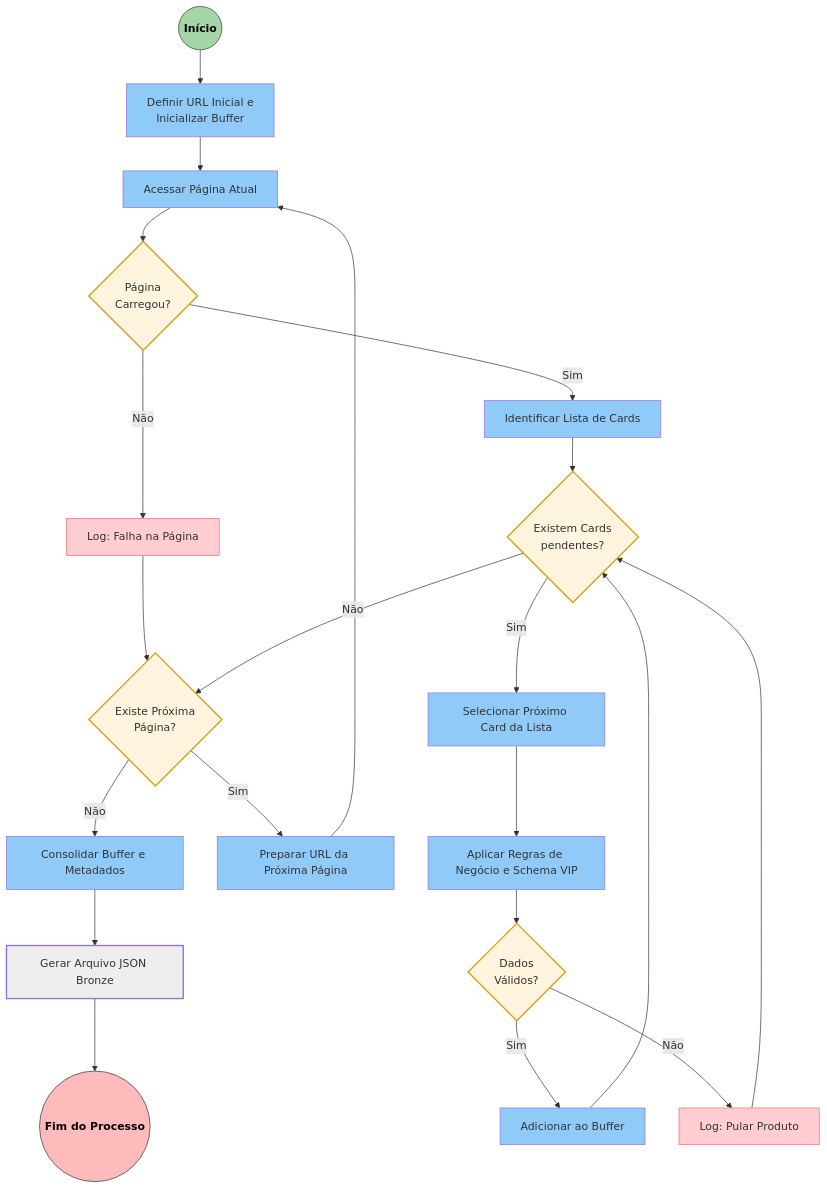
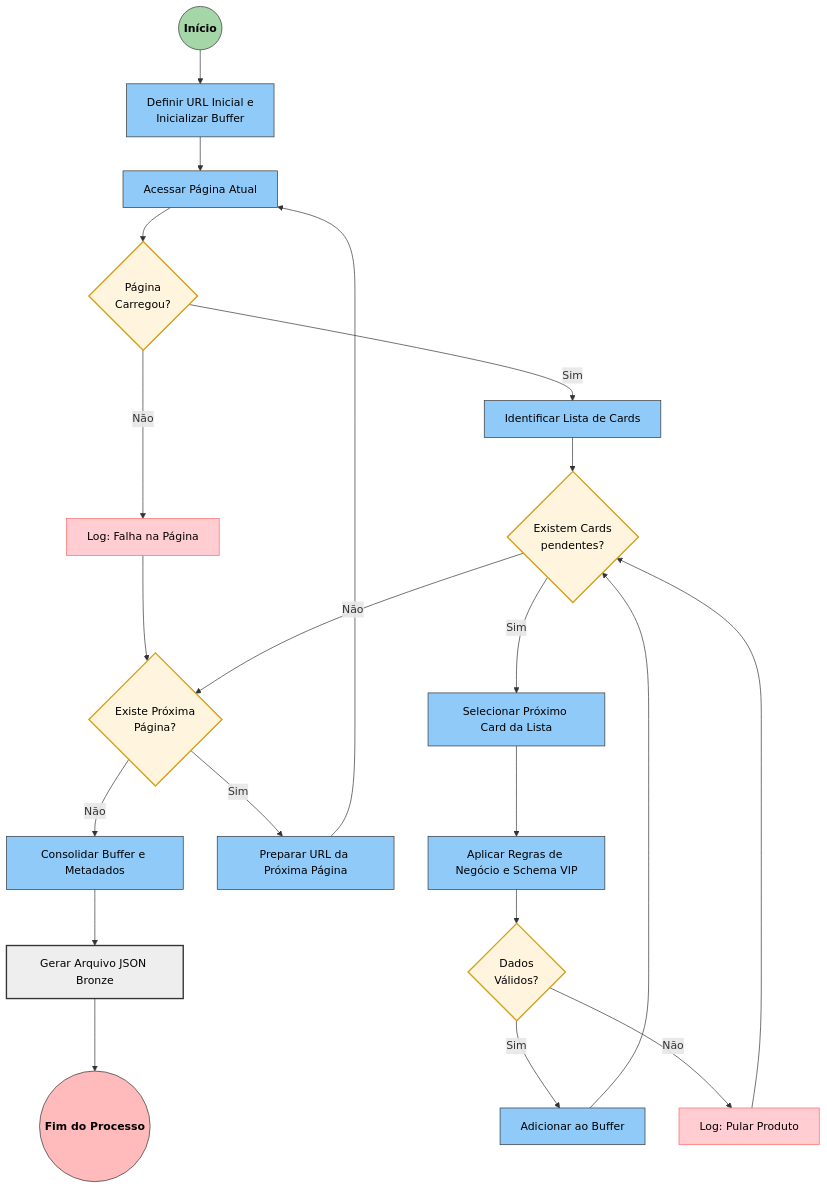
One commit to mvinis/monitoramento-precos-magalu changed the first of 3 diagrams in README.md. Above: the diagram before and after it, drawn with Mermaid.

Commit message:
fix: alterando cor do diagrama flowchart para preto

````diff
--- a/README.md
+++ b/README.md
@@ -13,42 +13,42 @@
 ```mermaid
 graph TD
     %% Estilos
     classDef start fill:#a5d6a7,stroke:#333,color:#000,font-weight:bold;
-    classDef process fill:#90caf9,stroke:#33,stroke-width:1px;
-    classDef decision fill:#fff4dd,stroke:#d4a017,stroke-width:2px;
-    classDef error fill:#ffcdd2,stroke:#f66,stroke-width:1px;
-    classDef storage fill:#eeeeee,stroke:#33,stroke-width:2px;
-    classDef final fill:#fbb, stroke:#333, color:#000, font-weight:bold;
+    classDef process fill:#90caf9,stroke:#333,color:#000,stroke-width:1px;
+    classDef decision fill:#fff4dd,stroke:#d4a017,color:#000,stroke-width:2px;
+    classDef error fill:#ffcdd2,stroke:#f66,color:#000,stroke-width:1px;
+    classDef storage fill:#eeeeee,stroke:#333,color:#000,stroke-width:2px;
+    classDef final fill:#fbb,stroke:#333,color:#000,font-weight:bold;
 
     Start((Início)):::start --> Config[Definir URL Inicial e<br/>Inicializar Buffer]:::process
 
     Config --> AccessPage[Acessar Página Atual]:::process
     AccessPage --> SuccessPage{Página<br/>Carregou?}:::decision
 
     SuccessPage -- Não --> LogPageErr[Log: Falha na Página]:::error
     LogPageErr --> HasNext
 
     SuccessPage -- Sim --> FindCards[Identificar Lista de Cards]:::process
 
     FindCards --> CheckCards{Existem Cards<br/>pendentes?}:::decision
 
     CheckCards -- Sim --> PickNext[Selecionar Próximo Card da Lista]:::process
     PickNext --> Extract[Aplicar Regras de Negócio e Schema VIP]:::process
 
     Extract --> ValidData{Dados<br/>Válidos?}:::decision
 
     ValidData -- Sim --> AddBuffer[Adicionar ao Buffer]:::process
     ValidData -- Não --> LogProdErr[Log: Pular Produto]:::error
 
     LogProdErr --> CheckCards
     AddBuffer --> CheckCards
 
     CheckCards -- Não --> HasNext{Existe Próxima<br/>Página?}:::decision
 
     HasNext -- Sim --> NextURL[Preparar URL da Próxima Página]:::process
     NextURL --> AccessPage
 
     HasNext -- Não --> Aggregation[Consolidar Buffer e Metadados]:::process
     Aggregation --> SaveJSON[Gerar Arquivo JSON Bronze]:::storage
     SaveJSON --> End((Fim do Processo)):::final
 ```
````
